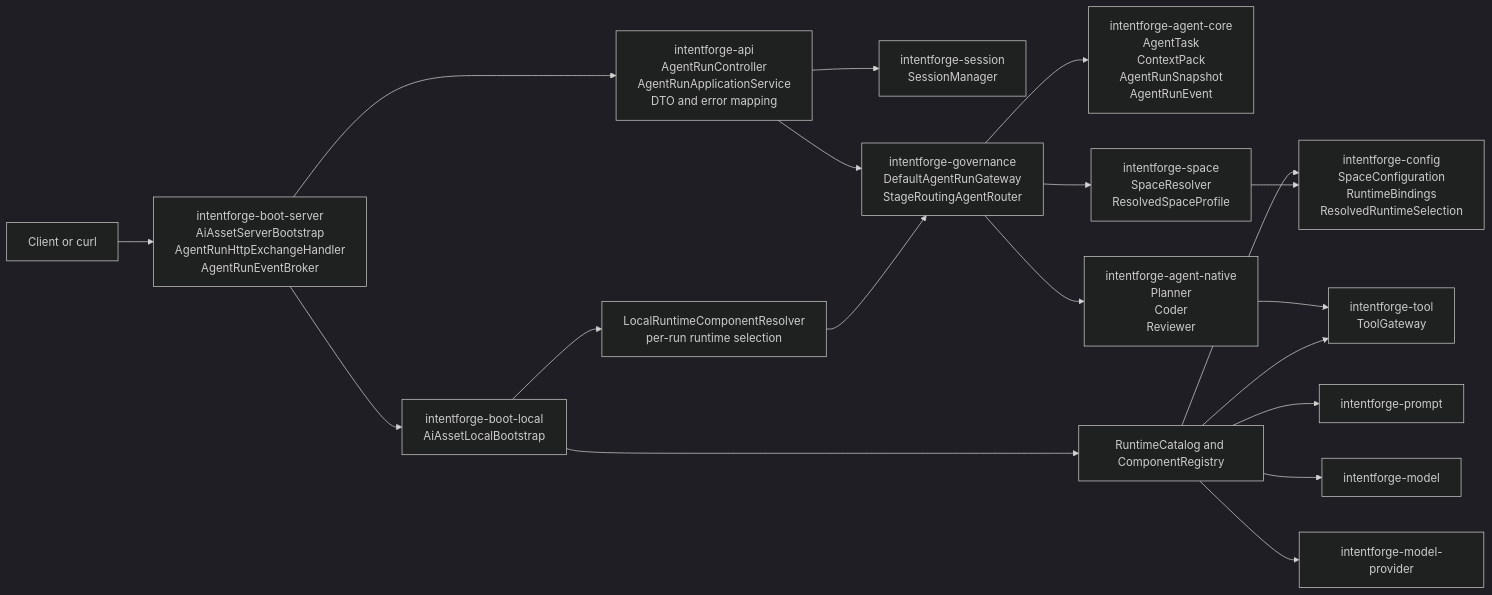
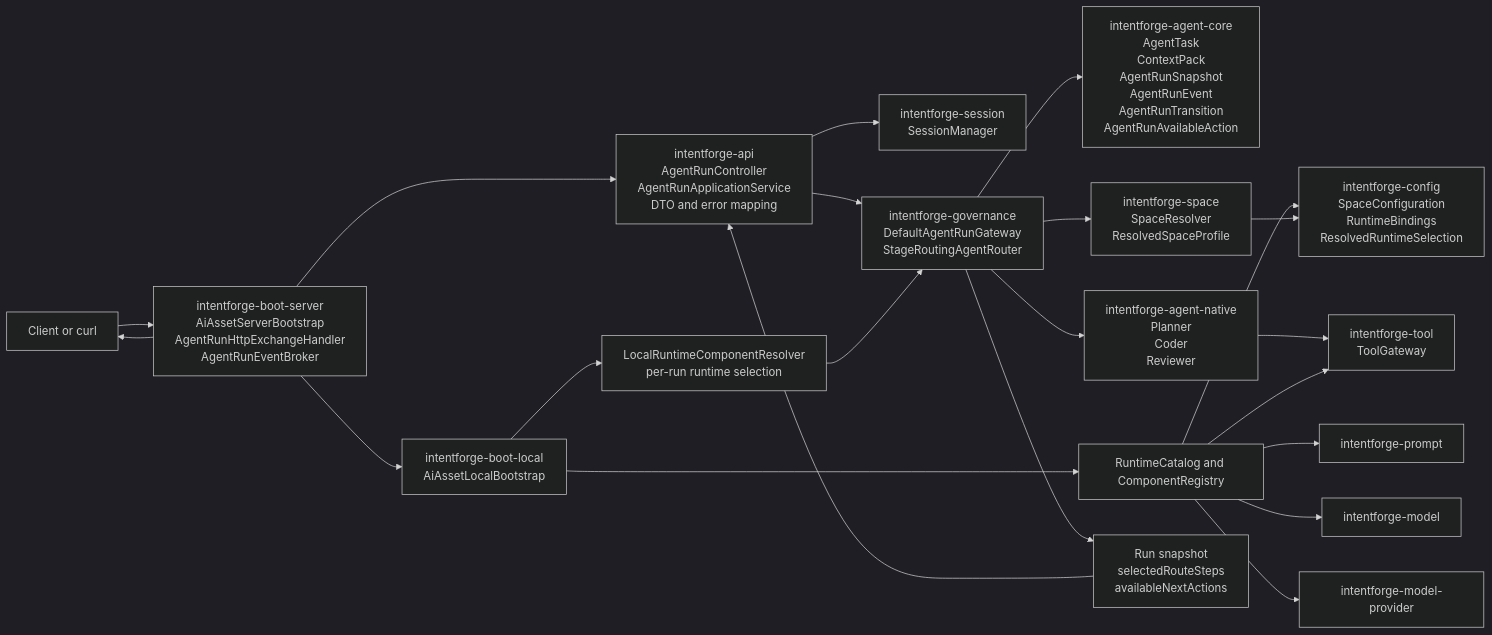
One commit to CloudSen/IntentForge changed the second of 2 diagrams in docs/tasks/native-java-coding-agent-mvp.md. Above: the diagram before and after it, drawn with Mermaid (dark theme). The commit also changed other lines of this file and 5 other files, not shown here.

Commit message:
docs: finalize user-directed agent flow

````diff
--- a/docs/tasks/native-java-coding-agent-mvp.md
+++ b/docs/tasks/native-java-coding-agent-mvp.md
@@ -156,21 +159,24 @@
 ```mermaid
 flowchart LR
     Client["Client or curl"] --> Server["intentforge-boot-server<br/>AiAssetServerBootstrap<br/>AgentRunHttpExchangeHandler<br/>AgentRunEventBroker"]
     Server --> Api["intentforge-api<br/>AgentRunController<br/>AgentRunApplicationService<br/>DTO and error mapping"]
     Server --> Local["intentforge-boot-local<br/>AiAssetLocalBootstrap"]
     Api --> Session["intentforge-session<br/>SessionManager"]
     Api --> Gov["intentforge-governance<br/>DefaultAgentRunGateway<br/>StageRoutingAgentRouter"]
     Local --> Resolver["LocalRuntimeComponentResolver<br/>per-run runtime selection"]
     Resolver --> Gov
-    Gov --> Core["intentforge-agent-core<br/>AgentTask<br/>ContextPack<br/>AgentRunSnapshot<br/>AgentRunEvent"]
+    Gov --> Core["intentforge-agent-core<br/>AgentTask<br/>ContextPack<br/>AgentRunSnapshot<br/>AgentRunEvent<br/>AgentRunTransition<br/>AgentRunAvailableAction"]
     Gov --> Space["intentforge-space<br/>SpaceResolver<br/>ResolvedSpaceProfile"]
     Gov --> Native["intentforge-agent-native<br/>Planner<br/>Coder<br/>Reviewer"]
     Native --> Tool["intentforge-tool<br/>ToolGateway"]
     Local --> Catalog["RuntimeCatalog and ComponentRegistry"]
     Catalog --> Config["intentforge-config<br/>SpaceConfiguration<br/>RuntimeBindings<br/>ResolvedRuntimeSelection"]
     Catalog --> Prompt["intentforge-prompt"]
     Catalog --> Model["intentforge-model"]
     Catalog --> Provider["intentforge-model-provider"]
     Catalog --> Tool
     Space --> Config
+    Gov --> Snapshot["Run snapshot<br/>selectedRouteSteps<br/>availableNextActions"]
+    Snapshot --> Api
+    Server --> Client
 ```
````
